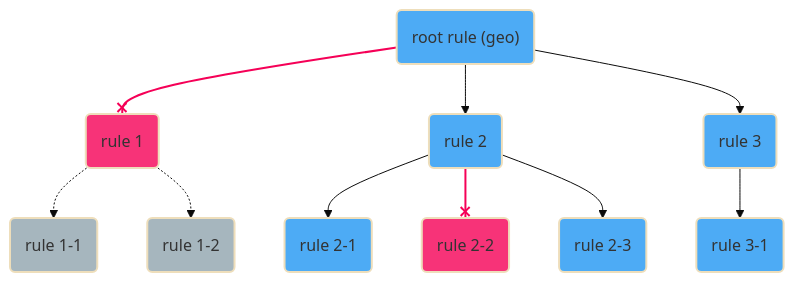
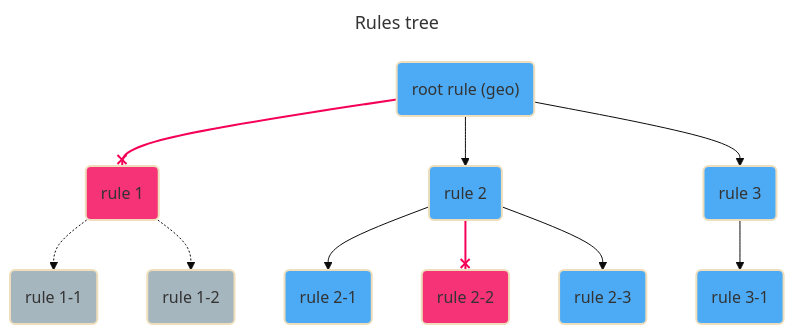
The fifth of 11 diagrams in README.md (wazuh/wazuh), drawn with Mermaid (base theme) before and after one commit. The commit also changed other lines of this file, not shown here.

Commit message:
Stages and schemas graph added to doc

````diff
--- a/README.md
+++ b/README.md
@@ -324,30 +383,33 @@
 ```mermaid
+---
+title: Rules tree
+---
 flowchart TD
 
 %% Style
   classDef AssetSuccessClass fill:#2196f3,stroke-width:2px,fill-opacity:0.8
   classDef AssetFailClass fill:#f50057,stroke-width:2px,fill-opacity:0.8
   classDef AssetNotExecutedClass fill:#90a4ae,stroke-width:2px,fill-opacity:0.8
   ruleR("root rule (geo)") --x rule1("rule 1")
   rule1 -.-> rule11("rule 1-1") & rule12("rule 1-2")
   ruleR --> rule2("rule 2")
   rule2 --> rule21("rule 2-1")
   rule2 --x rule22("rule 2-2")
   rule2 --> rule23("rule 2-3")
   ruleR --> rule3("rule 3")
   rule3 --> rule31("rule 3-1")
 
   ruleR:::AssetSuccessClass
   rule1:::AssetFailClass
   rule11:::AssetNotExecutedClass
   rule12:::AssetNotExecutedClass
   rule2:::AssetSuccessClass
   rule21:::AssetSuccessClass
   rule22:::AssetFailClass
   rule23:::AssetSuccessClass
   rule3:::AssetSuccessClass
   rule31:::AssetSuccessClass
   linkStyle 0,5 stroke:#f50057,stroke-width:2px
 
 
 ```
````
